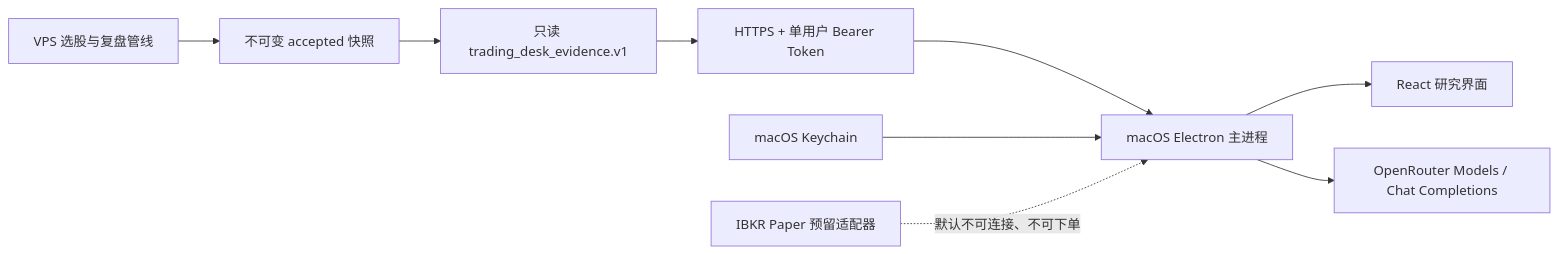
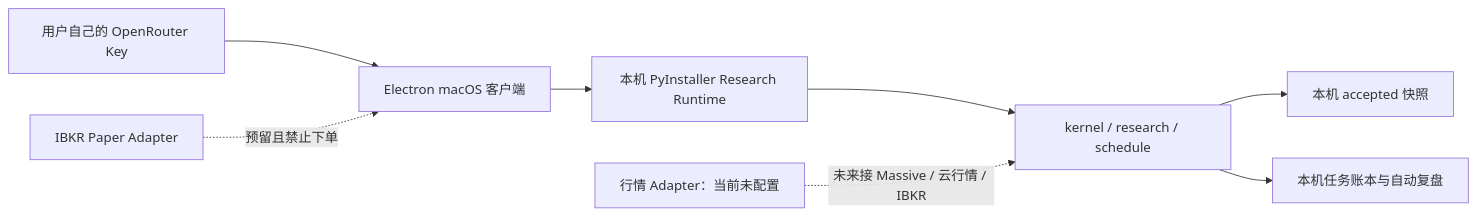
One commit to Frankie-Foo/ai-quant-trading-system changed the diagram in docs/MACOS_RESEARCH_CLIENT.md. Above: the diagram before and after it, drawn with Mermaid. The commit also changed other lines of this file and 23 other files, not shown here.

Commit message:
feat: run macOS research stack locally

````diff
--- a/docs/MACOS_RESEARCH_CLIENT.md
+++ b/docs/MACOS_RESEARCH_CLIENT.md
@@ -27,11 +27,10 @@
 ```mermaid
 flowchart LR
-    A["VPS 选股与复盘管线"] --> B["不可变 accepted 快照"]
-    B --> C["只读 trading_desk_evidence.v1"]
-    C --> D["HTTPS + 单用户 Bearer Token"]
-    D --> E["macOS Electron 主进程"]
-    F["macOS Keychain"] --> E
-    E --> G["React 研究界面"]
-    E --> H["OpenRouter Models / Chat Completions"]
-    I["IBKR Paper 预留适配器"] -. "默认不可连接、不可下单" .-> E
+    A["Electron macOS 客户端"] --> B["本机 PyInstaller Research Runtime"]
+    B --> C["kernel / research / schedule"]
+    C --> D["本机 accepted 快照"]
+    C --> E["本机任务账本与自动复盘"]
+    F["行情 Adapter：当前未配置"] -. "未来接 Massive / 云行情 / IBKR" .-> C
+    G["用户自己的 OpenRouter Key"] --> A
+    H["IBKR Paper Adapter"] -. "预留且禁止下单" .-> A
 ```
````
